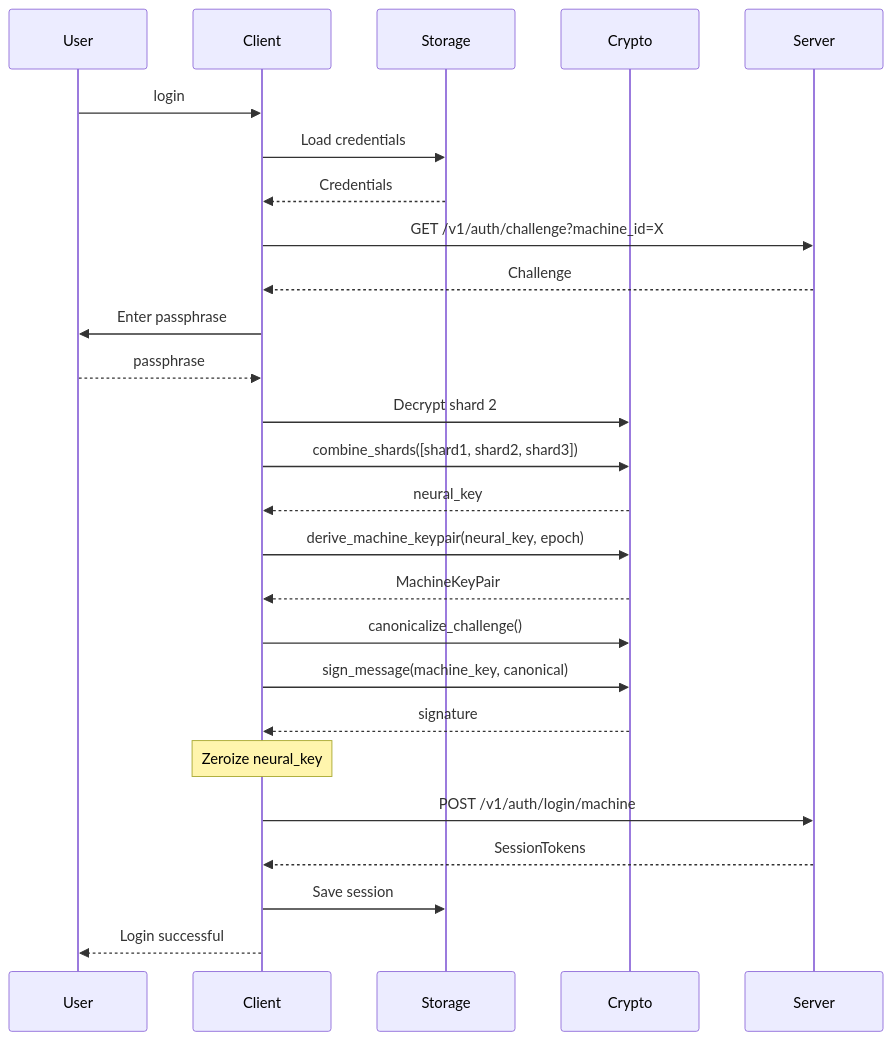
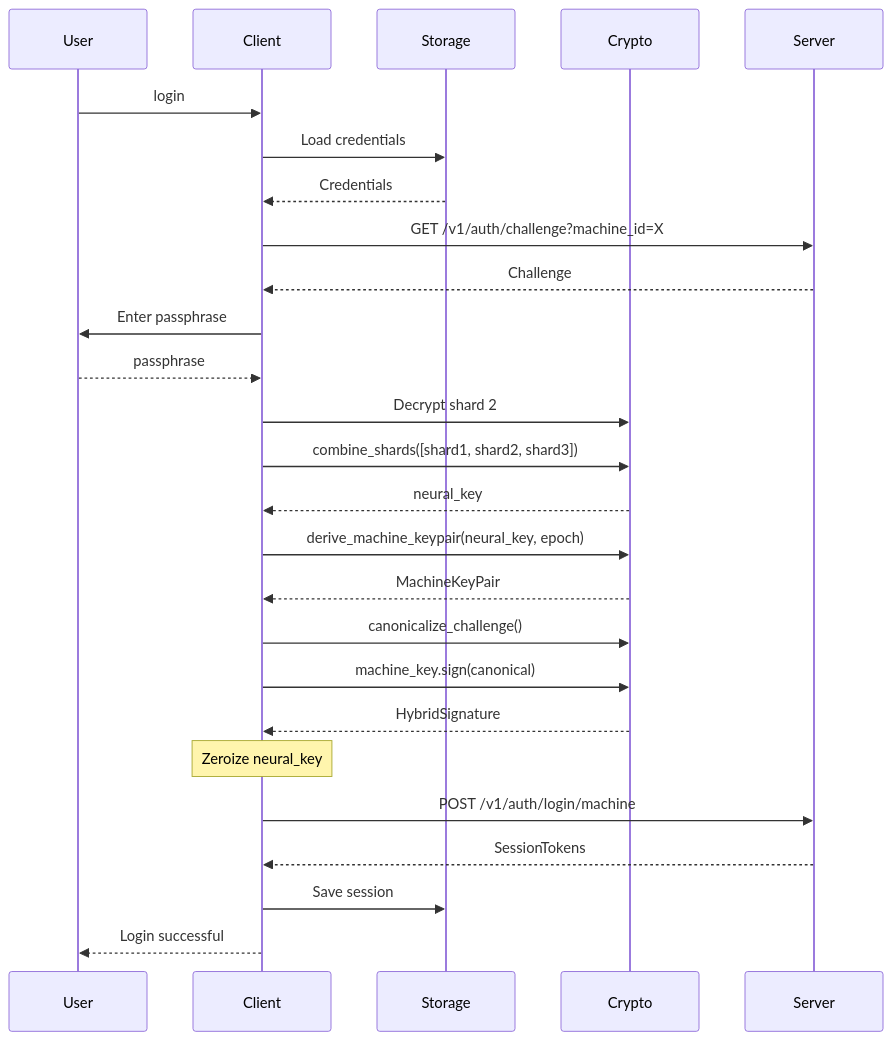
The third of 6 diagrams in docs/spec/v0.1.1/09-client.md (cypher-asi/zero-auth), drawn with Mermaid before and after one commit. The commit also changed other lines of this file and 8 other files, not shown here.

````diff
--- a/docs/spec/v0.1.1/09-client.md
+++ b/docs/spec/v0.1.1/09-client.md
@@ -261,39 +258,39 @@
 ```mermaid
 sequenceDiagram
     participant User
     participant Client
     participant Storage
     participant Crypto
     participant Server
     
     User->>Client: login
     
     Client->>Storage: Load credentials
     Storage-->>Client: Credentials
     
     Client->>Server: GET /v1/auth/challenge?machine_id=X
     Server-->>Client: Challenge
     
     Client->>User: Enter passphrase
     User-->>Client: passphrase
     
     Client->>Crypto: Decrypt shard 2
     Client->>Crypto: combine_shards([shard1, shard2, shard3])
     Crypto-->>Client: neural_key
     
     Client->>Crypto: derive_machine_keypair(neural_key, epoch)
     Crypto-->>Client: MachineKeyPair
     
     Client->>Crypto: canonicalize_challenge()
-    Client->>Crypto: sign_message(machine_key, canonical)
-    Crypto-->>Client: signature
+    Client->>Crypto: machine_key.sign(canonical)
+    Crypto-->>Client: HybridSignature
     
     Note over Client: Zeroize neural_key
     
     Client->>Server: POST /v1/auth/login/machine
     Server-->>Client: SessionTokens
     
     Client->>Storage: Save session
     
     Client-->>User: Login successful
 ```
````
